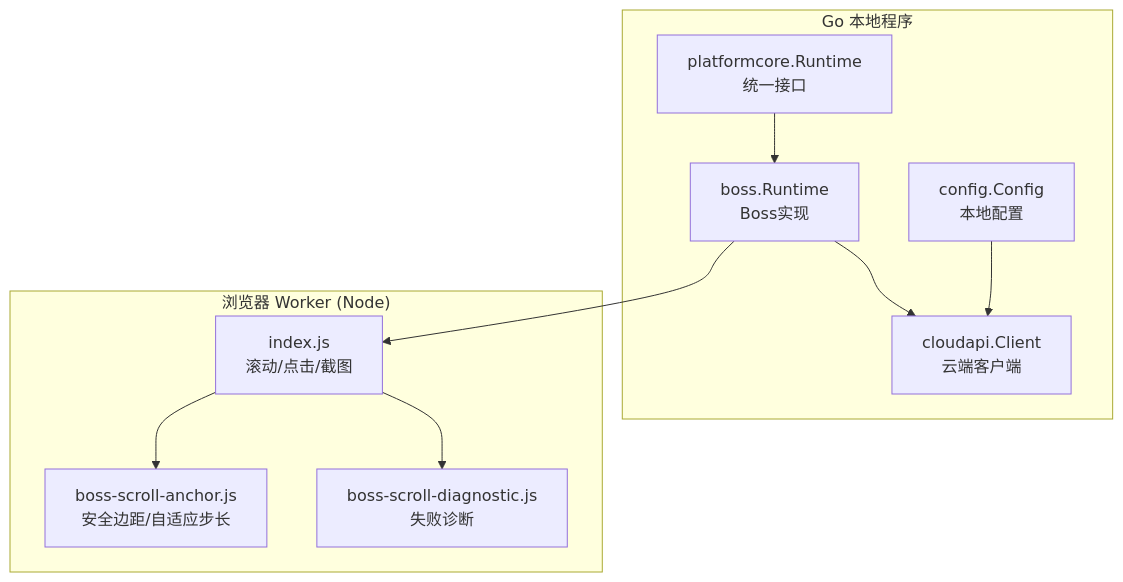
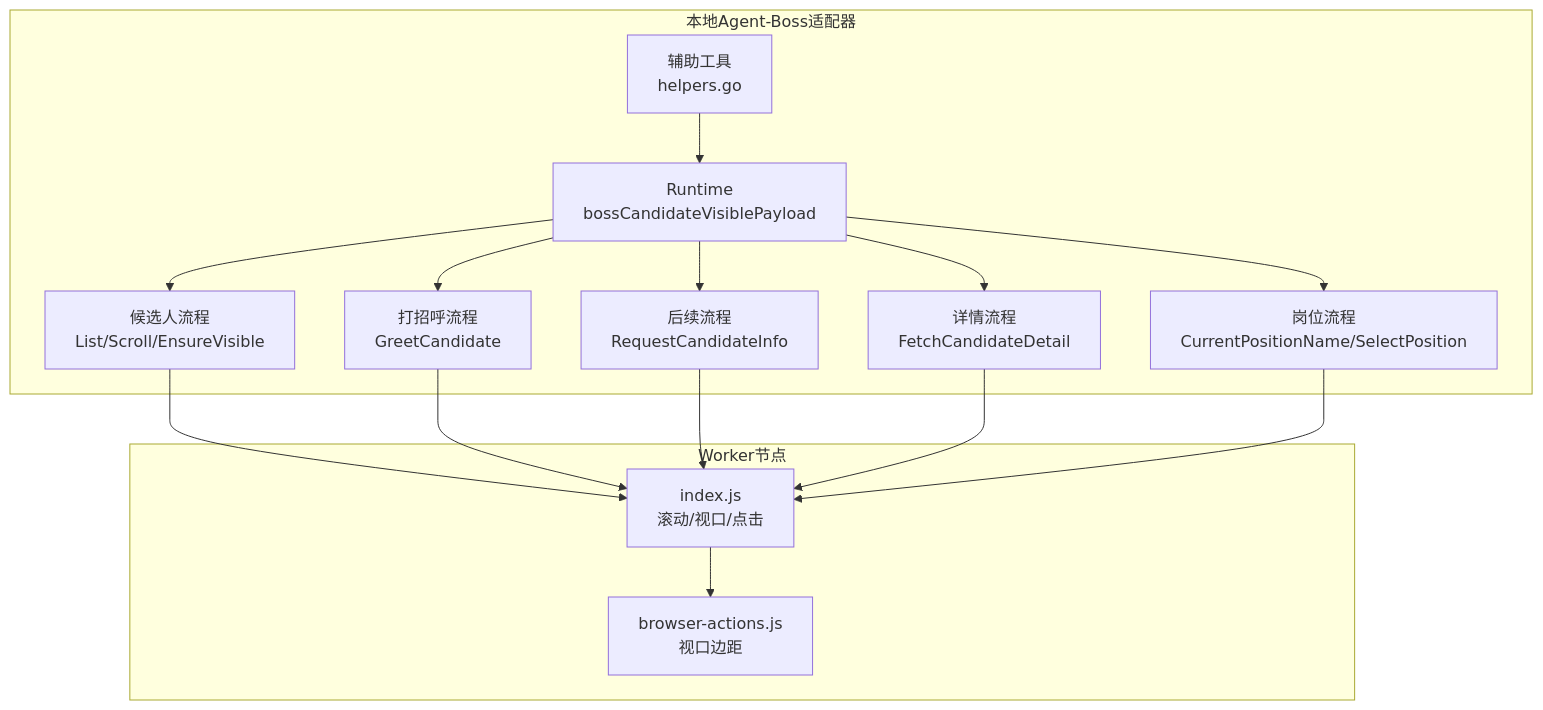
One commit to alvinwangzi/goodhr changed the first of 9 diagrams in .qoder/repowiki/zh/content/本地执行器/平台适配器/Boss直聘适配器/Boss运行时环境.md. Above: the diagram before and after it, drawn with Mermaid. The commit also changed other lines of this file and 149 other files, not shown here.

````diff
--- a/.qoder/repowiki/zh/content/本地执行器/平台适配器/Boss直聘适配器/Boss运行时环境.md
+++ b/.qoder/repowiki/zh/content/本地执行器/平台适配器/Boss直聘适配器/Boss运行时环境.md
@@ -38,20 +42,28 @@
 ```mermaid
 graph TB
-subgraph "Go 本地程序"
-A["platformcore.Runtime<br/>统一接口"]
-B["boss.Runtime<br/>Boss实现"]
-C["cloudapi.Client<br/>云端客户端"]
-D["config.Config<br/>本地配置"]
+subgraph "本地Agent-Boss适配器"
+R["Runtime<br/>bossCandidateVisiblePayload"]
+C["候选人流程<br/>List/Scroll/EnsureVisible"]
+G["打招呼流程<br/>GreetCandidate"]
+F["后续流程<br/>RequestCandidateInfo"]
+D["详情流程<br/>FetchCandidateDetail"]
+P["岗位流程<br/>CurrentPositionName/SelectPosition"]
+H["辅助工具<br/>helpers.go"]
 end
-subgraph "浏览器 Worker (Node)"
-E["index.js<br/>滚动/点击/截图"]
-F["boss-scroll-anchor.js<br/>安全边距/自适应步长"]
-G["boss-scroll-diagnostic.js<br/>失败诊断"]
+subgraph "Worker节点"
+WIndex["index.js<br/>滚动/视口/点击"]
+WBrowser["browser-actions.js<br/>视口边距"]
 end
-A --> B
-B --> C
-B --> E
-E --> F
-E --> G
-D --> C
+R --> C
+R --> G
+R --> F
+R --> D
+R --> P
+H --> R
+C --> WIndex
+G --> WIndex
+F --> WIndex
+D --> WIndex
+P --> WIndex
+WIndex --> WBrowser
 ```
````
